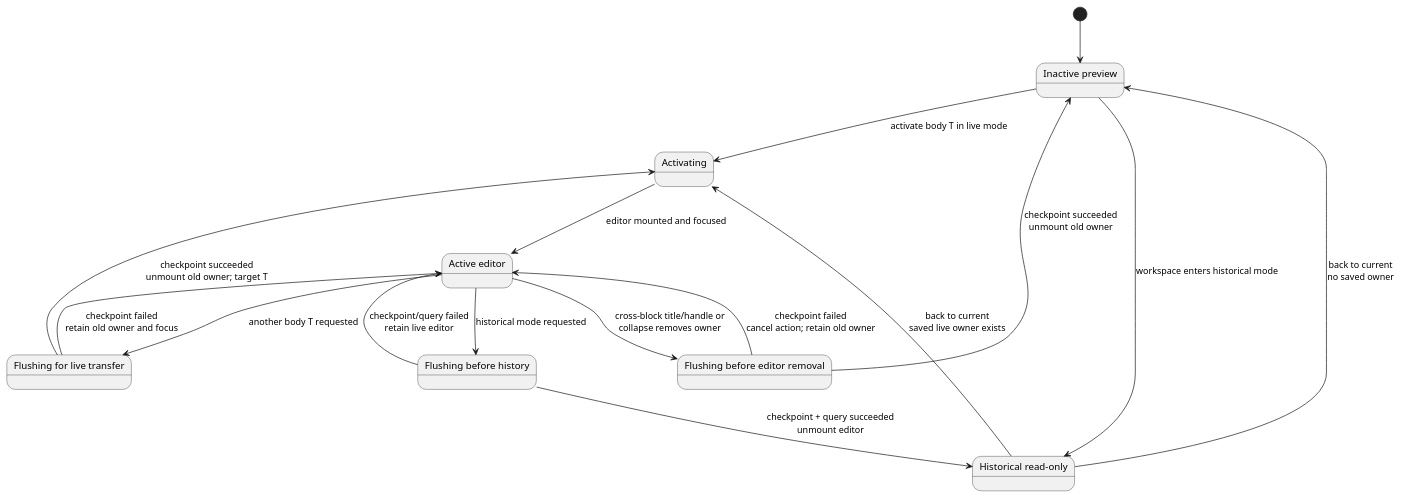
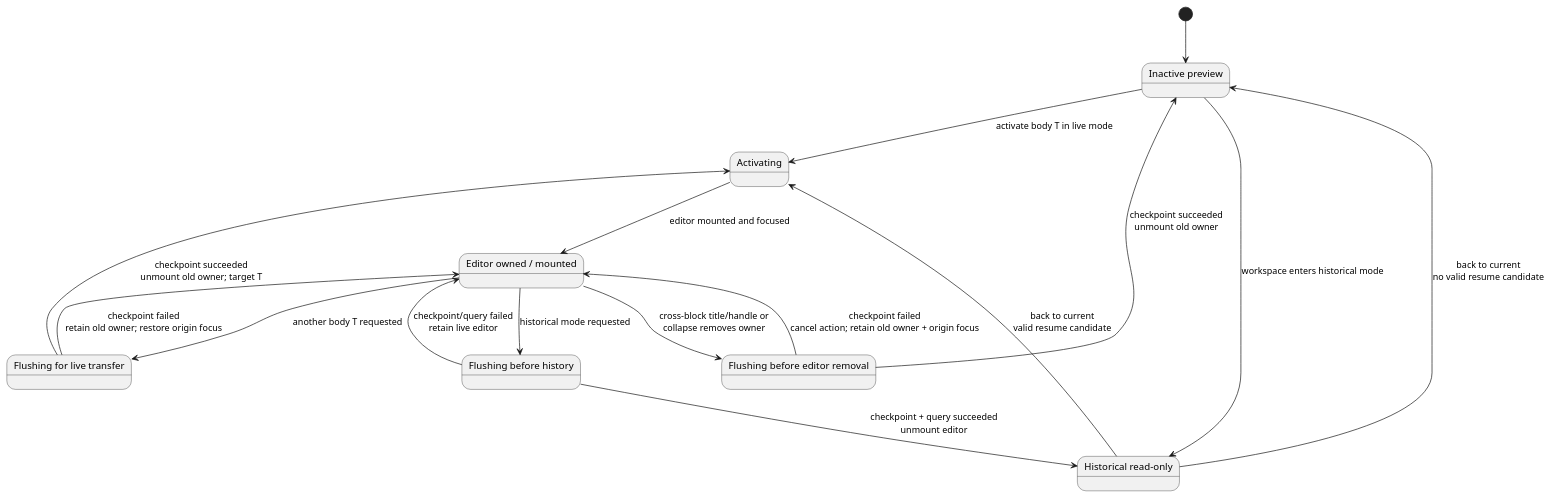
Before and after one commit to benoit-gl/coedit: the fourth of 5 diagrams in docs/proposals/CONTINUOUS_BLOCK_OUTLINE.md, drawn with PlantUML. The commit also changed other lines of this file and 19 other files, not shown here.

````diff
--- a/docs/proposals/CONTINUOUS_BLOCK_OUTLINE.md
+++ b/docs/proposals/CONTINUOUS_BLOCK_OUTLINE.md
@@ -124,27 +373,27 @@
 ```plantuml
 @startuml
 state "Inactive preview" as Preview
 state "Activating" as Activating
-state "Active editor" as Active
+state "Editor owned / mounted" as Active
 state "Flushing for live transfer" as Transfer
 state "Flushing before editor removal" as Removal
 state "Flushing before history" as ToHistory
 state "Historical read-only" as Historical
 
 [*] --> Preview
 Preview --> Activating : activate body T in live mode
 Activating --> Active : editor mounted and focused
 Active --> Transfer : another body T requested
 Transfer --> Activating : checkpoint succeeded\nunmount old owner; target T
-Transfer --> Active : checkpoint failed\nretain old owner and focus
+Transfer --> Active : checkpoint failed\nretain old owner; restore origin focus
 Active --> Removal : cross-block title/handle or\ncollapse removes owner
 Removal --> Preview : checkpoint succeeded\nunmount old owner
-Removal --> Active : checkpoint failed\ncancel action; retain old owner
+Removal --> Active : checkpoint failed\ncancel action; retain old owner + origin focus
 Preview --> Historical : workspace enters historical mode
 Active --> ToHistory : historical mode requested
 ToHistory --> Historical : checkpoint + query succeeded\nunmount editor
 ToHistory --> Active : checkpoint/query failed\nretain live editor
-Historical --> Activating : back to current\nsaved live owner exists
-Historical --> Preview : back to current\nno saved owner
+Historical --> Activating : back to current\nvalid resume candidate
+Historical --> Preview : back to current\nno valid resume candidate
 @enduml
 ```
````
